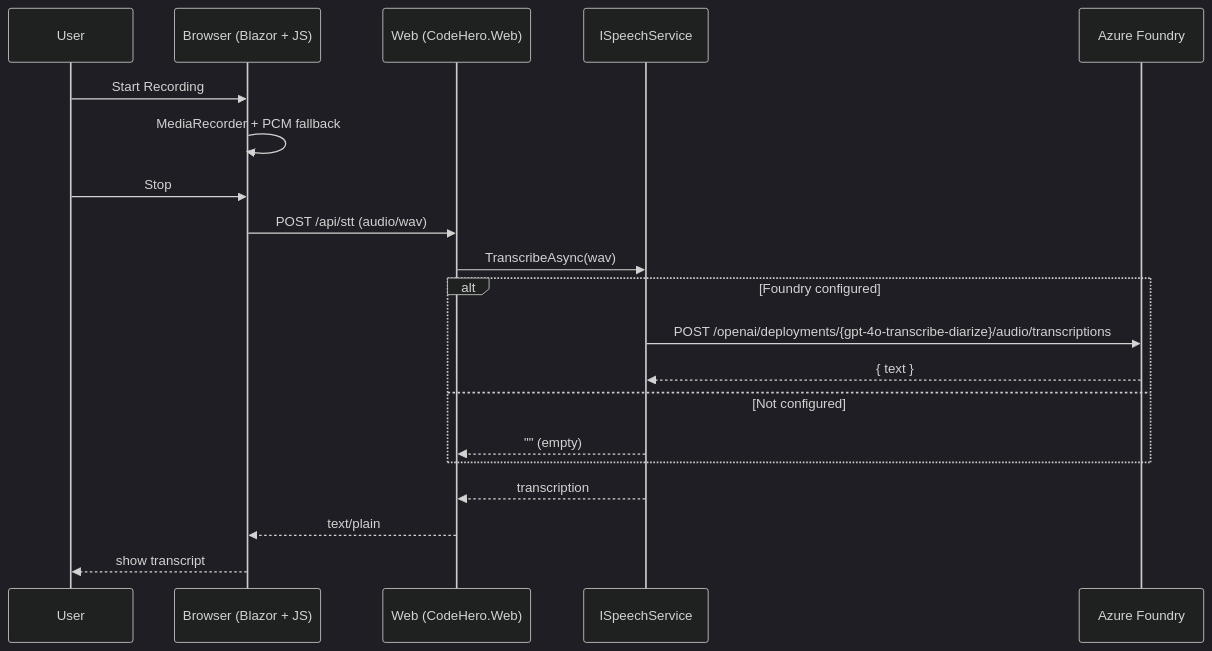
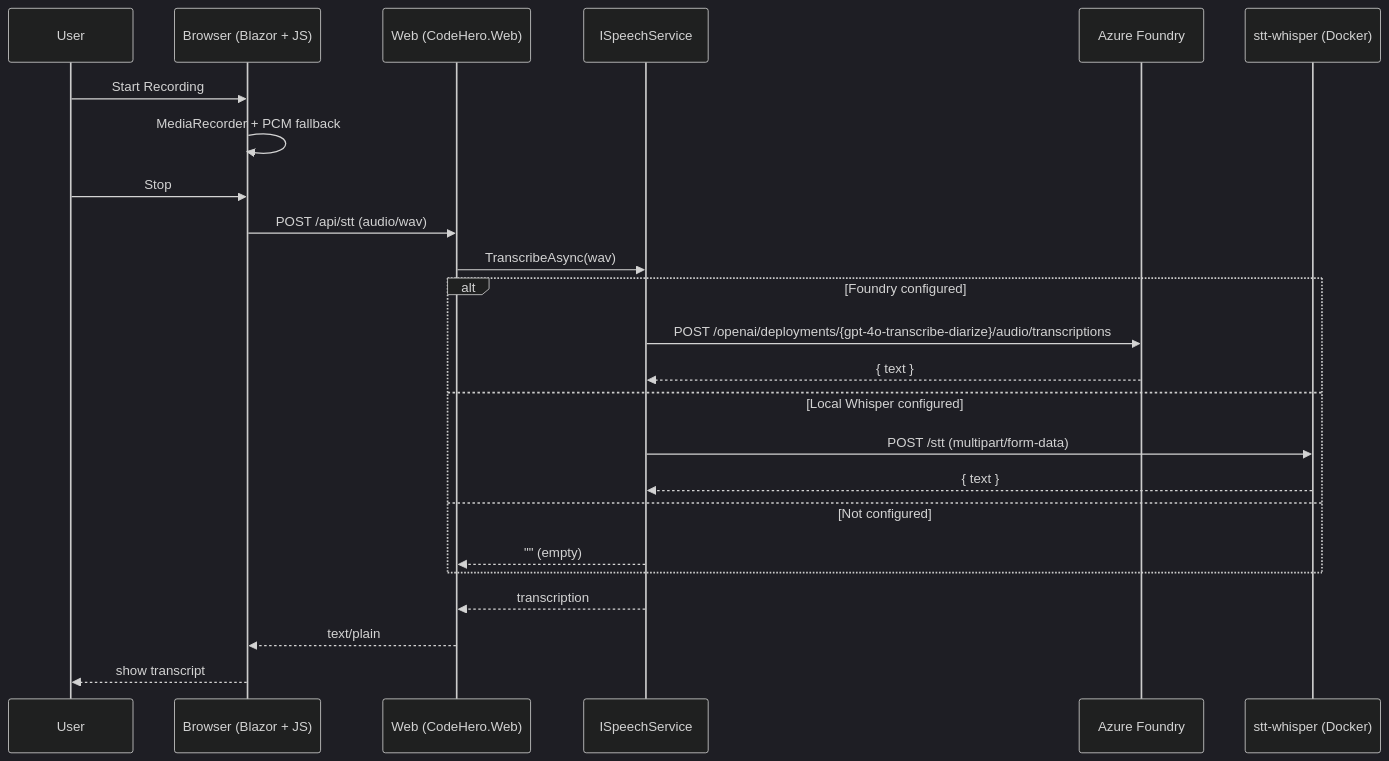
One commit to GrantMill/CodeHero changed the diagram in docs/architecture/sequence-stt.mmd. Above: the diagram before and after it, drawn with Mermaid (dark theme). The commit also changed 7 other files, not shown here.

Commit message:
updated architecture and plan

```diff
--- a/docs/architecture/sequence-stt.mmd
+++ b/docs/architecture/sequence-stt.mmd
@@ -1,21 +1,25 @@
 sequenceDiagram
   participant User
   participant Browser as Browser (Blazor + JS)
   participant Web as Web (CodeHero.Web)
   participant Speech as ISpeechService
   participant Foundry as Azure Foundry
+  participant Whisper as stt-whisper (Docker)
 
   User->>Browser: Start Recording
   Browser->>Browser: MediaRecorder + PCM fallback
   User->>Browser: Stop
   Browser->>Web: POST /api/stt (audio/wav)
   Web->>Speech: TranscribeAsync(wav)
   alt Foundry configured
     Speech->>Foundry: POST /openai/deployments/{gpt-4o-transcribe-diarize}/audio/transcriptions
     Foundry-->>Speech: { text }
+  else Local Whisper configured
+    Speech->>Whisper: POST /stt (multipart/form-data)
+    Whisper-->>Speech: { text }
   else Not configured
     Speech-->>Web: "" (empty)
   end
   Speech-->>Web: transcription
   Web-->>Browser: text/plain
   Browser-->>User: show transcript
```
